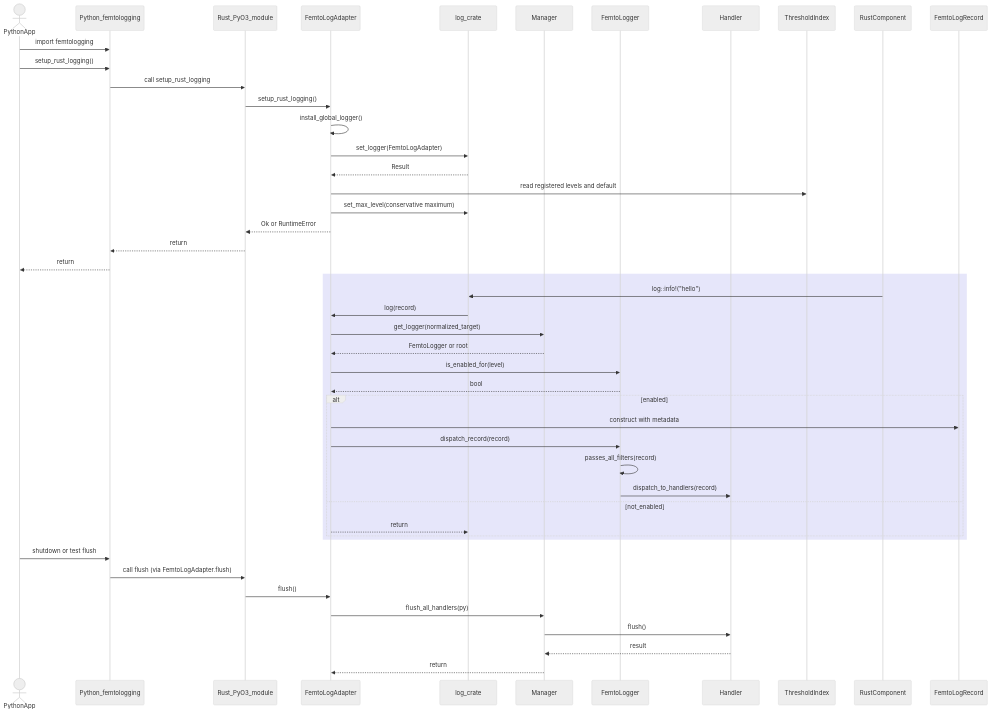
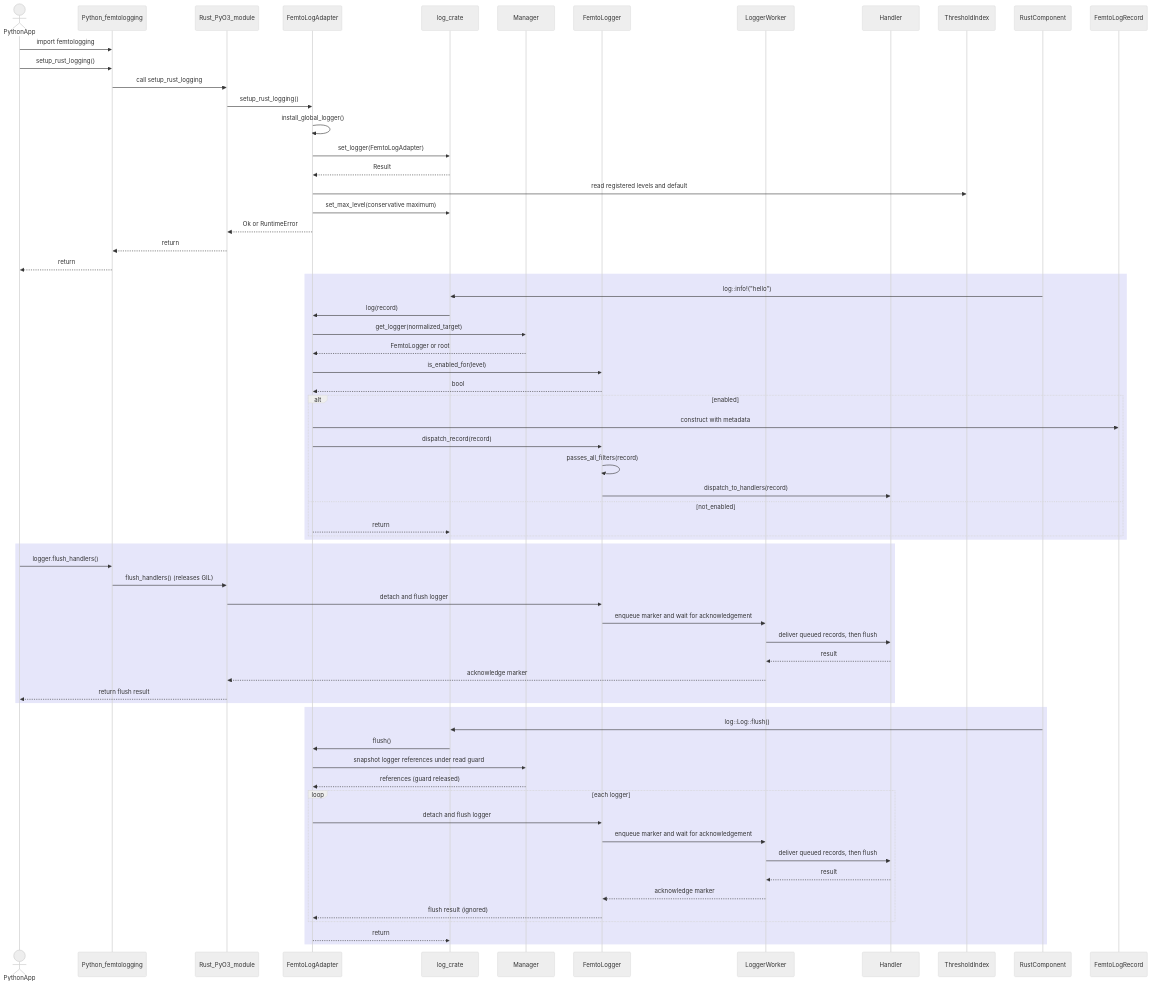
The seventh of 8 diagrams in docs/rust-multithreaded-logging-framework-for-python-design.md (leynos/femtologging), drawn with Mermaid (neutral theme) before and after one commit. The commit also changed other lines of this file and 10 other files, not shown here.

First line of the commit message:
Document and harden flush handler regressions (#451)

````diff
--- a/docs/rust-multithreaded-logging-framework-for-python-design.md
+++ b/docs/rust-multithreaded-logging-framework-for-python-design.md
@@ -1377,50 +1397,70 @@
 ```mermaid
 sequenceDiagram
     actor PythonApp
     participant PythonFemtoLogging as Python_femtologging
     participant PyO3Bridge as Rust_PyO3_module
     participant FemtoLogCompat as FemtoLogAdapter
     participant RustLog as log_crate
     participant Manager as Manager
     participant FemtoLogger
+    participant LoggerWorker
     participant Handler
 
     PythonApp->>PythonFemtoLogging: import femtologging
     PythonApp->>PythonFemtoLogging: setup_rust_logging()
     PythonFemtoLogging->>PyO3Bridge: call setup_rust_logging
     PyO3Bridge->>FemtoLogCompat: setup_rust_logging()
     FemtoLogCompat->>FemtoLogCompat: install_global_logger()
     FemtoLogCompat->>RustLog: set_logger(FemtoLogAdapter)
     RustLog-->>FemtoLogCompat: Result
     FemtoLogCompat->>ThresholdIndex: read registered levels and default
     FemtoLogCompat->>RustLog: set_max_level(conservative maximum)
     FemtoLogCompat-->>PyO3Bridge: Ok or RuntimeError
     PyO3Bridge-->>PythonFemtoLogging: return
     PythonFemtoLogging-->>PythonApp: return
 
     rect rgb(230,230,250)
         participant RustComponent
         RustComponent->>RustLog: log::info!("hello")
         RustLog->>FemtoLogCompat: log(record)
         FemtoLogCompat->>Manager: get_logger(normalized_target)
         Manager-->>FemtoLogCompat: FemtoLogger or root
         FemtoLogCompat->>FemtoLogger: is_enabled_for(level)
         FemtoLogger-->>FemtoLogCompat: bool
         alt enabled
             FemtoLogCompat->>FemtoLogRecord: construct with metadata
             FemtoLogCompat->>FemtoLogger: dispatch_record(record)
             FemtoLogger->>FemtoLogger: passes_all_filters(record)
             FemtoLogger->>Handler: dispatch_to_handlers(record)
         else not_enabled
             FemtoLogCompat-->>RustLog: return
         end
     end
 
-    PythonApp->>PythonFemtoLogging: shutdown or test flush
-    PythonFemtoLogging->>PyO3Bridge: call flush (via FemtoLogAdapter.flush)
-    PyO3Bridge->>FemtoLogCompat: flush()
-    FemtoLogCompat->>Manager: flush_all_handlers(py)
-    Manager->>Handler: flush()
-    Handler-->>Manager: result
-    Manager-->>FemtoLogCompat: return
+    rect rgb(230,230,250)
+        PythonApp->>PythonFemtoLogging: logger.flush_handlers()
+        PythonFemtoLogging->>PyO3Bridge: flush_handlers() (releases GIL)
+        PyO3Bridge->>FemtoLogger: detach and flush logger
+        FemtoLogger->>LoggerWorker: enqueue marker and wait for acknowledgement
+        LoggerWorker->>Handler: deliver queued records, then flush
+        Handler-->>LoggerWorker: result
+        LoggerWorker-->>PyO3Bridge: acknowledge marker
+        PyO3Bridge-->>PythonApp: return flush result
+    end
+
+    rect rgb(230,230,250)
+        RustComponent->>RustLog: log::Log::flush()
+        RustLog->>FemtoLogCompat: flush()
+        FemtoLogCompat->>Manager: snapshot logger references under read guard
+        Manager-->>FemtoLogCompat: references (guard released)
+        loop each logger
+            FemtoLogCompat->>FemtoLogger: detach and flush logger
+            FemtoLogger->>LoggerWorker: enqueue marker and wait for acknowledgement
+            LoggerWorker->>Handler: deliver queued records, then flush
+            Handler-->>LoggerWorker: result
+            LoggerWorker-->>FemtoLogger: acknowledge marker
+            FemtoLogger-->>FemtoLogCompat: flush result (ignored)
+        end
+        FemtoLogCompat-->>RustLog: return
+    end
 ```
````
